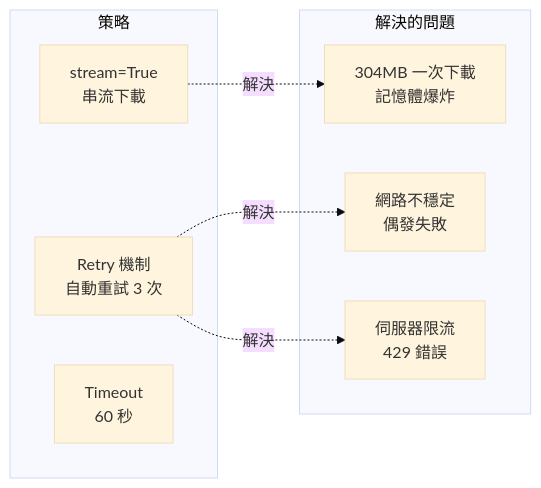
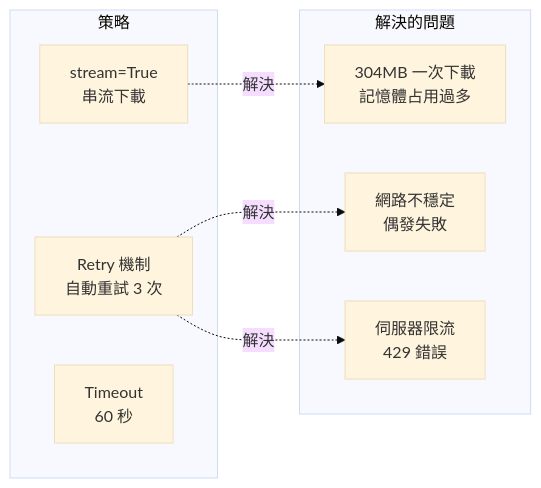
The fourth of 12 diagrams in README.md (wrbyepct/assignment), drawn with Mermaid (base theme) before and after one commit.

Commit message:
Update memory usage description in README

````diff
--- a/README.md
+++ b/README.md
@@ -598,18 +598,18 @@
 ```mermaid
 flowchart LR
     subgraph 策略
         STREAM["stream=True<br/>串流下載"]
         RETRY["Retry 機制<br/>自動重試 3 次"]
         TIMEOUT["Timeout<br/>60 秒"]
     end
 
     subgraph 解決的問題
-        P1["304MB 一次下載<br/>記憶體爆炸"]
+        P1["304MB 一次下載<br/>記憶體占用過多"]
         P2["網路不穩定<br/>偶發失敗"]
         P3["伺服器限流<br/>429 錯誤"]
     end
 
     STREAM -.->|解決| P1
     RETRY -.->|解決| P2
     RETRY -.->|解決| P3
 ```
````
